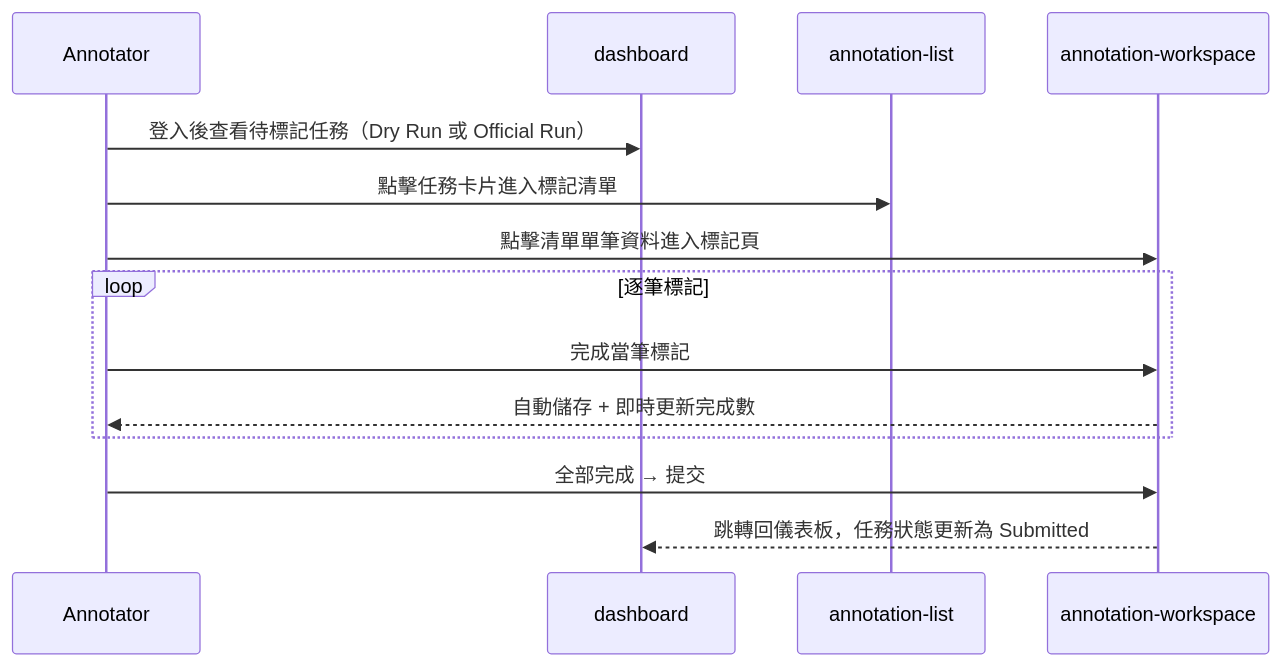
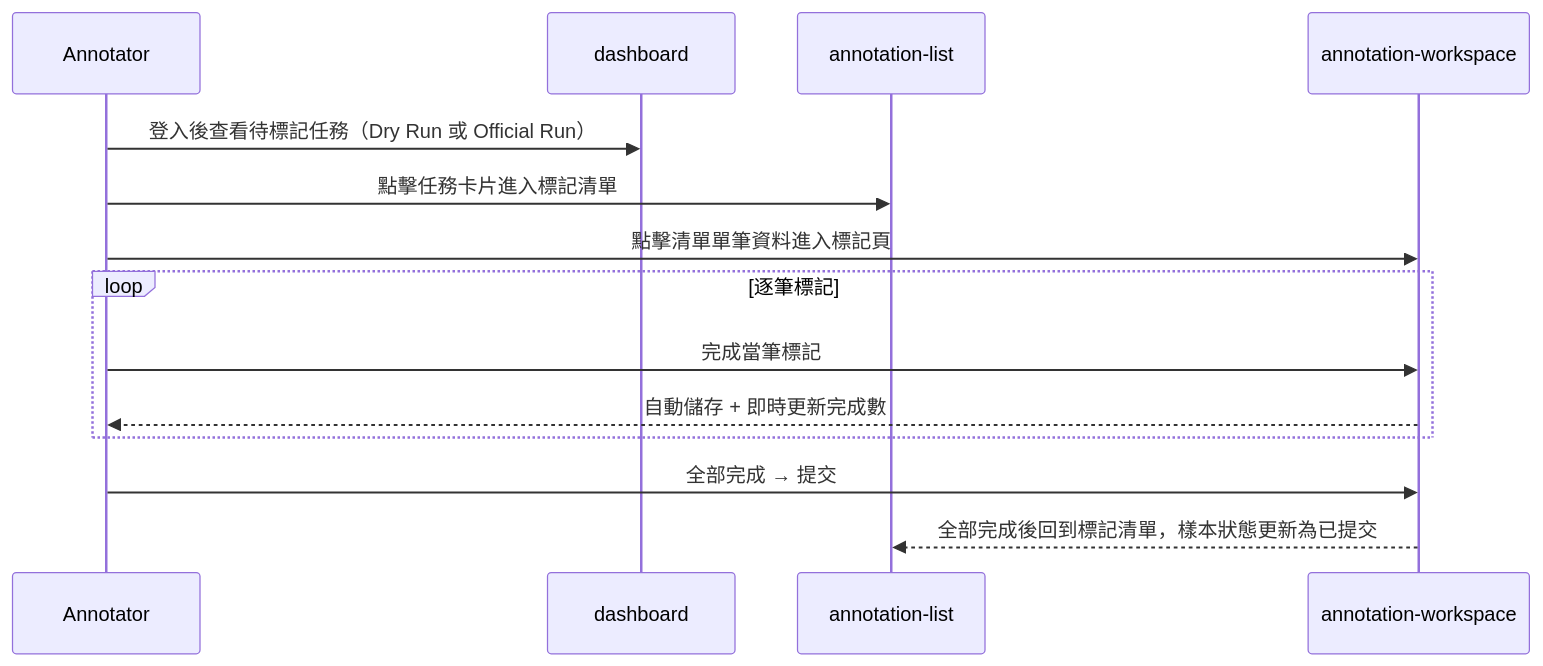
One commit to singyichen/label-suite changed the third of 5 diagrams in docs/product/ia/information-architecture.md. Above: the diagram before and after it, drawn with Mermaid. The commit also changed other lines of this file and 5 other files, not shown here.

````diff
--- a/docs/product/ia/information-architecture.md
+++ b/docs/product/ia/information-architecture.md
@@ -507,17 +526,17 @@
 ```mermaid
 sequenceDiagram
   participant AN as Annotator
   participant D as dashboard
   participant AL as annotation-list
   participant AW as annotation-workspace
 
   AN->>D: 登入後查看待標記任務（Dry Run 或 Official Run）
   AN->>AL: 點擊任務卡片進入標記清單
   AN->>AW: 點擊清單單筆資料進入標記頁
   loop 逐筆標記
     AN->>AW: 完成當筆標記
     AW-->>AN: 自動儲存 + 即時更新完成數
   end
   AN->>AW: 全部完成 → 提交
-  AW-->>D: 跳轉回儀表板，任務狀態更新為 Submitted
+  AW-->>AL: 全部完成後回到標記清單，樣本狀態更新為已提交
 ```
````
